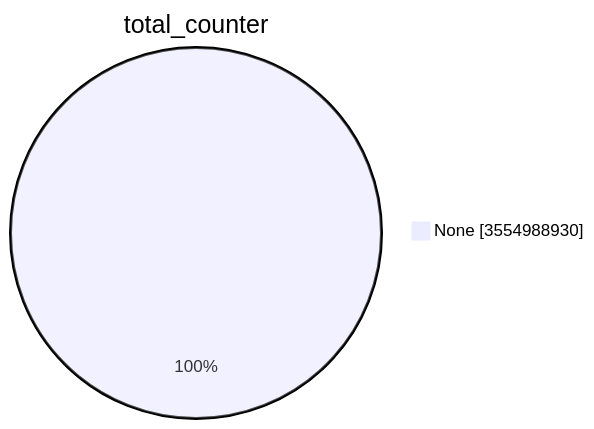
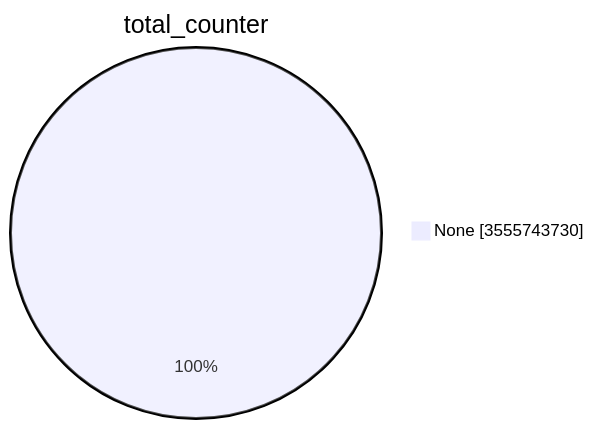
One commit to christiankrug/ctmonitor_visualization changed the first of 15 diagrams in TOTAL/README.md. Above: the diagram before and after it, drawn with Mermaid. The commit also changed other lines of this file, not shown here.

````diff
--- a/TOTAL/README.md
+++ b/TOTAL/README.md
@@ -1,5 +1,5 @@
 ```mermaid
 pie showData
 title total_counter
-"None" :3554988930
+"None" :3555743730
 ```
````
